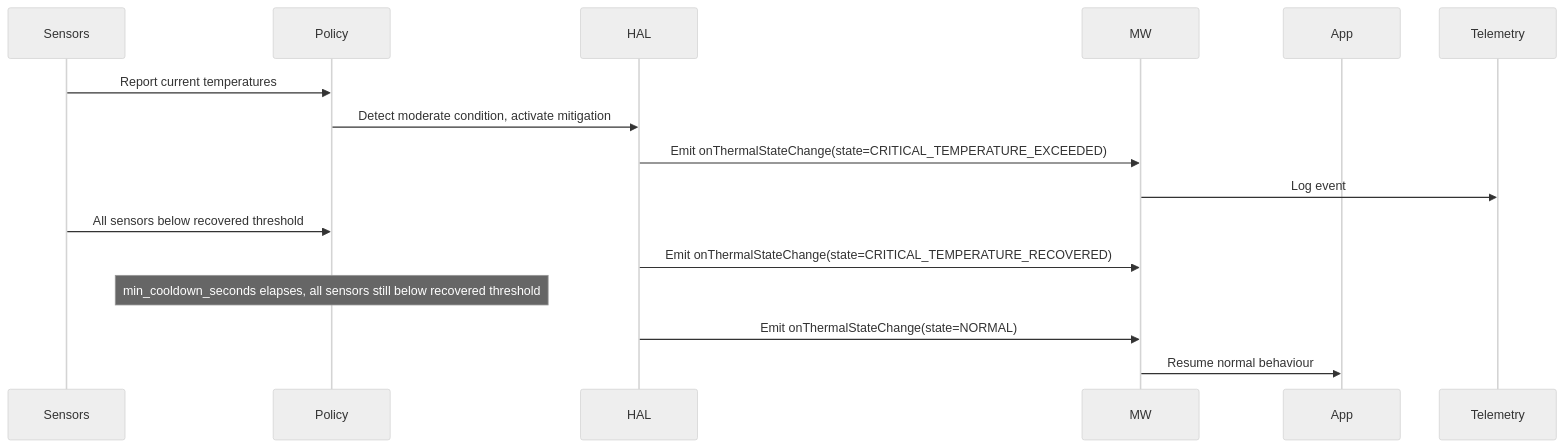
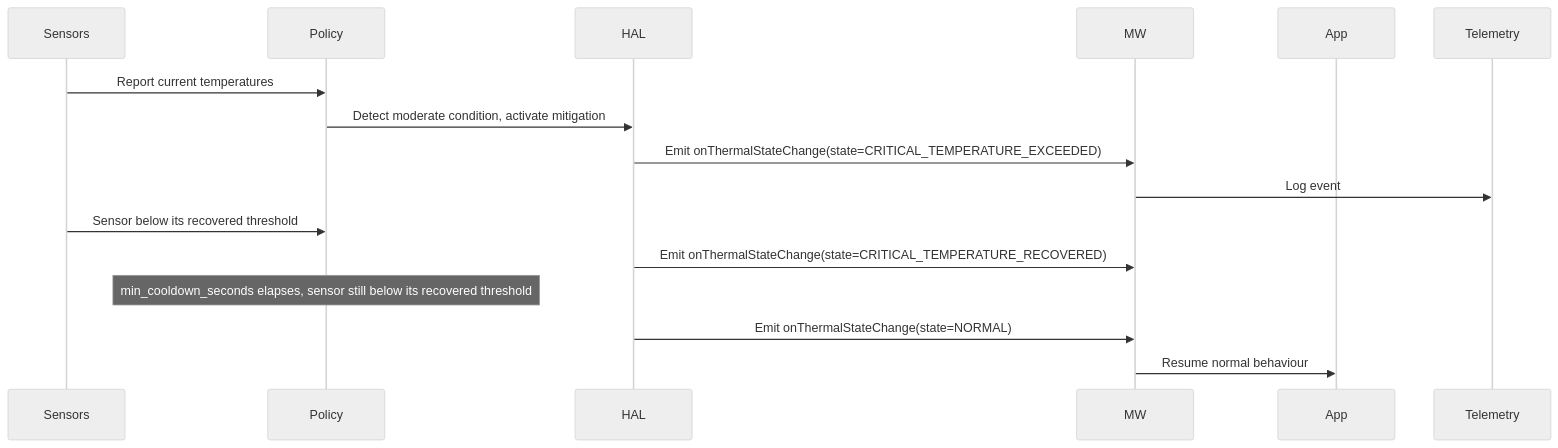
Before and after one commit to rdkcentral/rdk-halif-aidl: the third of 4 diagrams in sensor/current/docs/thermal/thermal_sensor.md, drawn with Mermaid (neutral theme). The commit also changed other lines of this file and 2 other files, not shown here.

First line of the commit message:
docs(thermal): run the state machine per sensor; define start-up and cooldown expiry (#846)

````diff
--- a/sensor/current/docs/thermal/thermal_sensor.md
+++ b/sensor/current/docs/thermal/thermal_sensor.md
@@ -229,18 +229,18 @@
 ```mermaid
 sequenceDiagram
     participant Sensors
     participant Policy
     participant HAL
     participant MW
     participant App
 
     Sensors->>Policy: Report current temperatures
     Policy->>HAL: Detect moderate condition, activate mitigation
     HAL->>MW: Emit onThermalStateChange(state=CRITICAL_TEMPERATURE_EXCEEDED)
     MW->>Telemetry: Log event
-    Sensors->>Policy: All sensors below recovered threshold
+    Sensors->>Policy: Sensor below its recovered threshold
     HAL->>MW: Emit onThermalStateChange(state=CRITICAL_TEMPERATURE_RECOVERED)
-    Note over Policy: min_cooldown_seconds elapses, all sensors still below recovered threshold
+    Note over Policy: min_cooldown_seconds elapses, sensor still below its recovered threshold
     HAL->>MW: Emit onThermalStateChange(state=NORMAL)
     MW->>App: Resume normal behaviour
 ```
````
